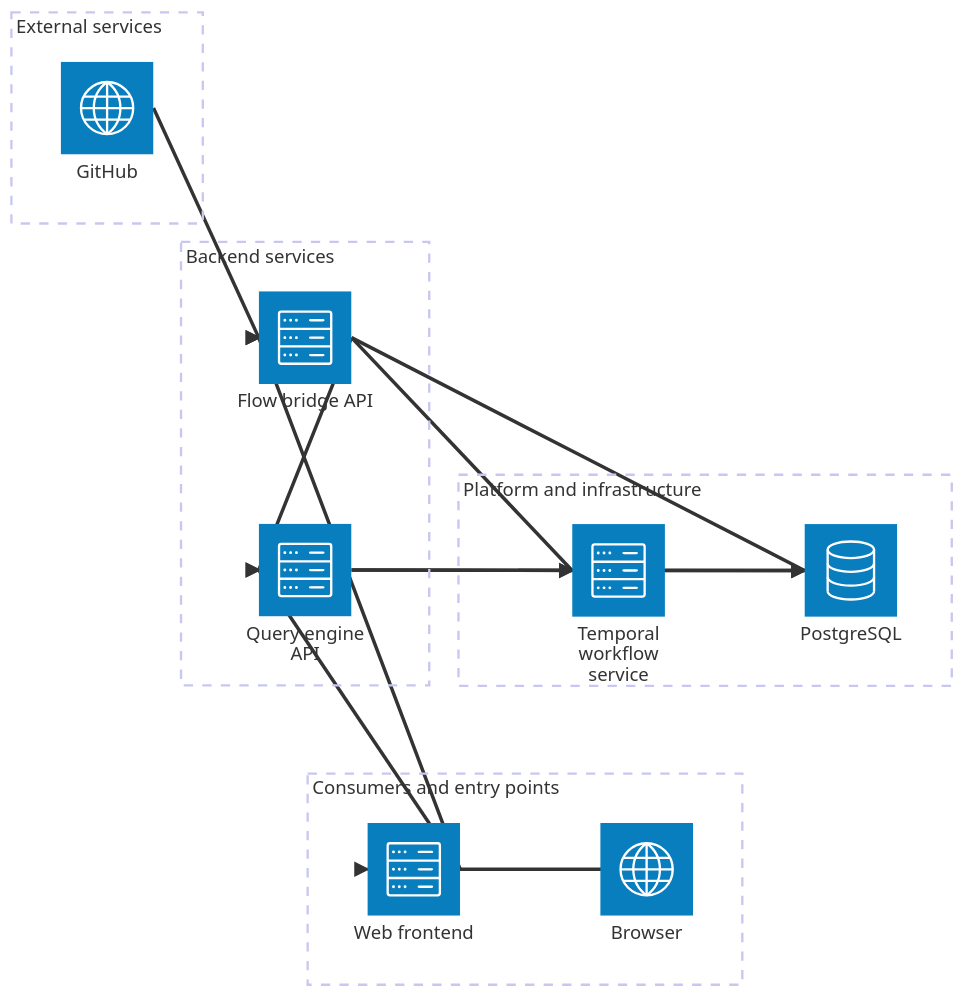
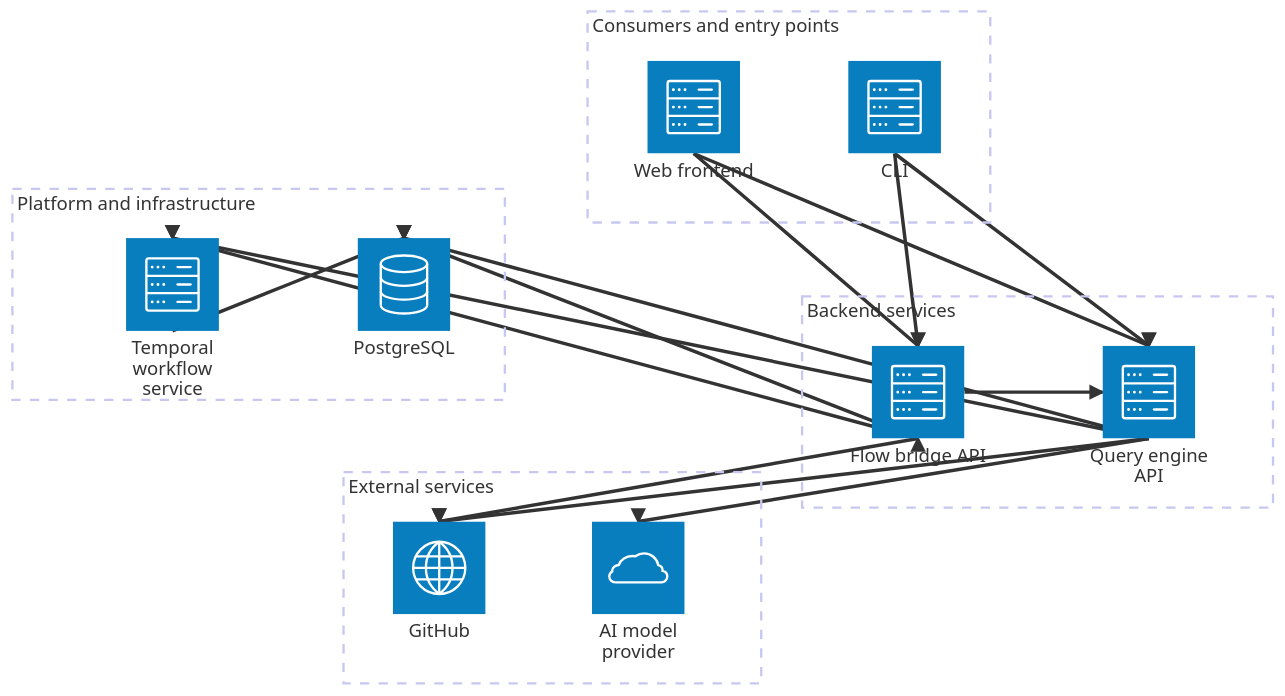
Before and after one commit to unoplat/unoplat-code-confluence: the diagram in architecture.md, drawn with Mermaid. The commit also changed other lines of this file and 21 other files, not shown here.

````diff
--- a/architecture.md
+++ b/architecture.md
@@ -5,28 +5,35 @@
 ```mermaid
 architecture-beta
     group consumers[Consumers and entry points]
     group backend[Backend services]
     group platform[Platform and infrastructure]
     group external[External services]
 
-    service browser(internet)[Browser] in consumers
     service frontend(server)[Web frontend] in consumers
+    service cli(server)[CLI] in consumers
     service flow_bridge(server)[Flow bridge API] in backend
     service query_engine(server)[Query engine API] in backend
     service temporal(server)[Temporal workflow service] in platform
     service postgresql(database)[PostgreSQL] in platform
     service github(internet)[GitHub] in external
+    service model_provider(cloud)[AI model provider] in external
 
-    browser:R --> L:frontend
-    frontend:R --> L:flow_bridge
-    frontend:R --> L:query_engine
-    github:R --> L:flow_bridge
+    frontend:B --> T:flow_bridge
+    frontend:B --> T:query_engine
+    cli:B --> T:flow_bridge
+    cli:B --> T:query_engine
     flow_bridge:R --> L:query_engine
-    flow_bridge:R --> L:temporal
-    flow_bridge:R --> L:postgresql
-    query_engine:R --> L:temporal
-    query_engine:R --> L:postgresql
-    temporal:R --> L:postgresql
+    flow_bridge:B --> T:temporal
+    flow_bridge:B --> T:postgresql
+    query_engine:B --> T:temporal
+    query_engine:B --> T:postgresql
+    temporal:B --> T:postgresql
+    flow_bridge:B <--> T:github
+    query_engine:B --> T:github
+    query_engine:B --> T:model_provider
 
-    align column flow_bridge query_engine
+    align row frontend cli
+    align row flow_bridge query_engine
+    align row temporal postgresql
+    align row github model_provider
 ```
````
